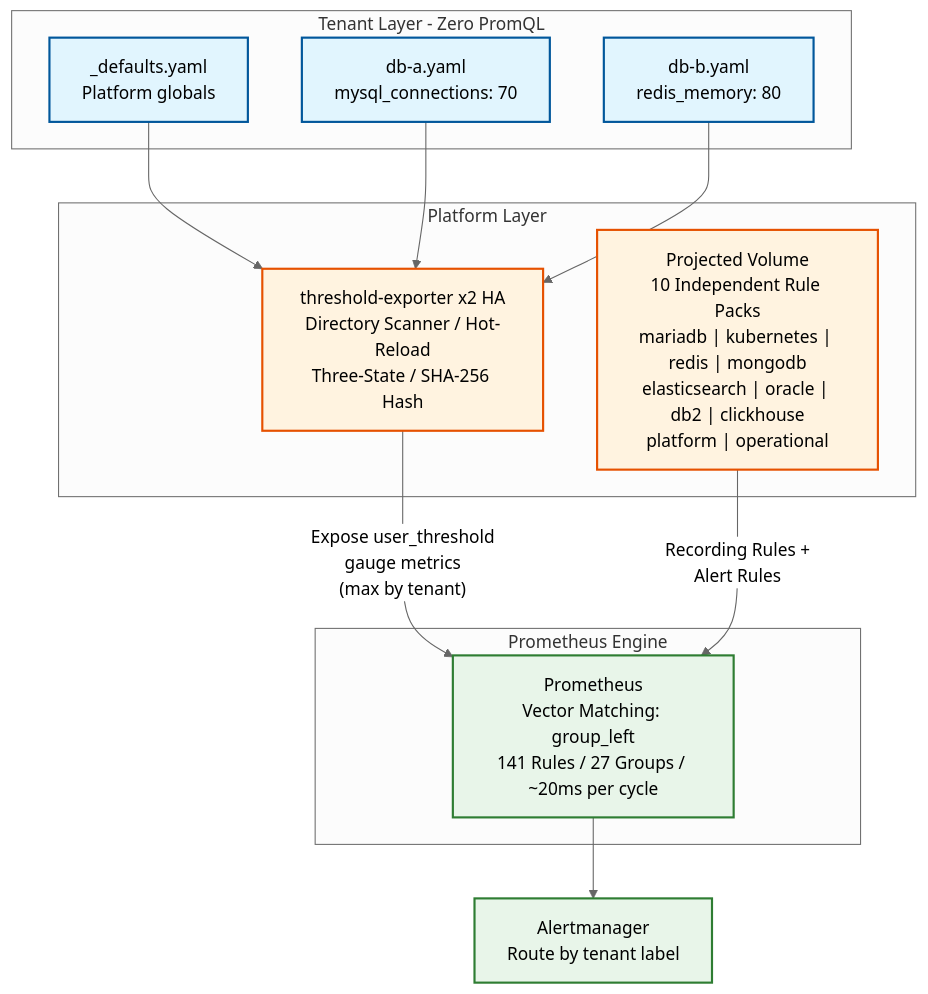
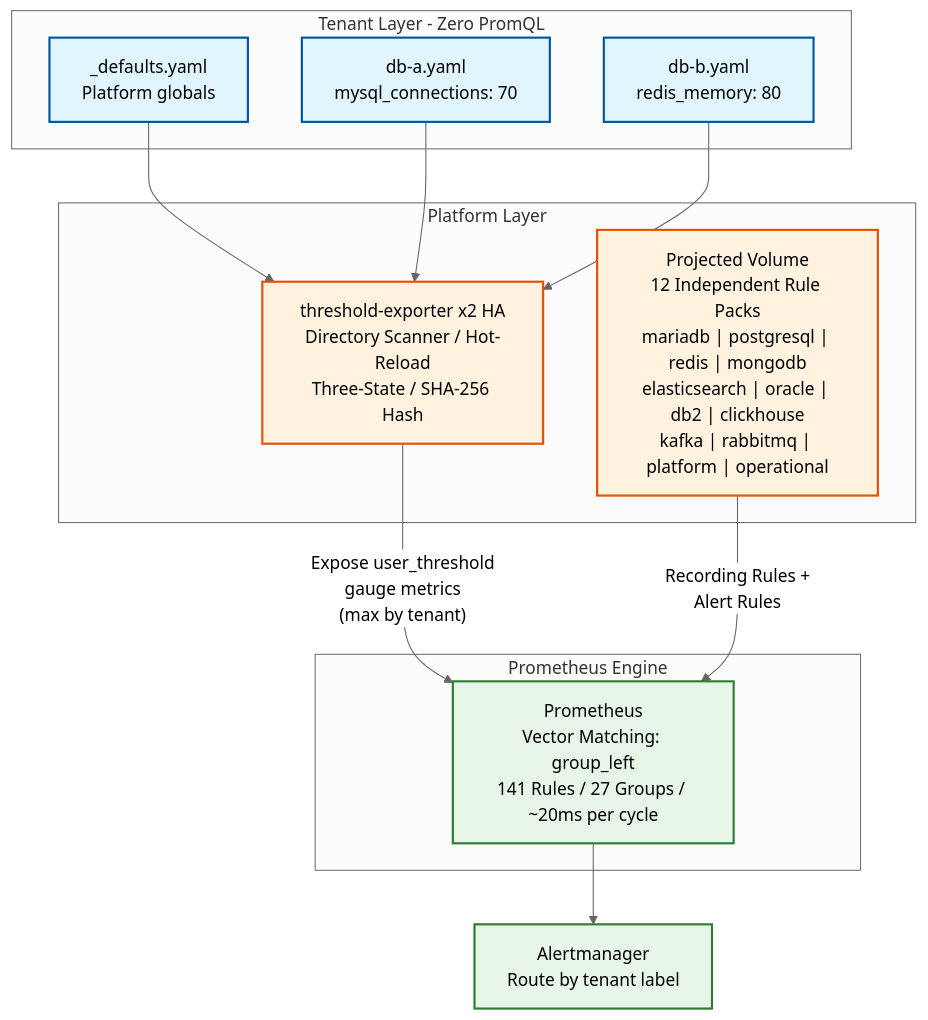
Before and after one commit to vencil/Dynamic-Alerting-Integrations: the second of 2 diagrams in README.en.md, drawn with Mermaid (neutral theme). The commit also changed other lines of this file and 41 other files, not shown here.

````diff
--- a/README.en.md
+++ b/README.en.md
@@ -172,31 +172,31 @@
 ```mermaid
 graph TD
     subgraph TL["Tenant Layer - Zero PromQL"]
         D["_defaults.yaml<br/>Platform globals"]
         T1["db-a.yaml<br/>mysql_connections: 70"]
         T2["db-b.yaml<br/>redis_memory: 80"]
     end
 
     subgraph PL["Platform Layer"]
         TE["threshold-exporter x2 HA<br/>Directory Scanner / Hot-Reload<br/>Three-State / SHA-256 Hash"]
-        RP["Projected Volume<br/>10 Independent Rule Packs<br/>mariadb | kubernetes | redis | mongodb<br/>elasticsearch | oracle | db2 | clickhouse<br/>platform | operational"]
+        RP["Projected Volume<br/>12 Independent Rule Packs<br/>mariadb | postgresql | redis | mongodb<br/>elasticsearch | oracle | db2 | clickhouse<br/>kafka | rabbitmq | platform | operational"]
     end
 
     subgraph PE["Prometheus Engine"]
         PROM["Prometheus<br/>Vector Matching: group_left<br/>141 Rules / 27 Groups / ~20ms per cycle"]
     end
 
     D --> TE
     T1 --> TE
     T2 --> TE
     TE -->|"Expose user_threshold<br/>gauge metrics<br/>(max by tenant)"| PROM
     RP -->|"Recording Rules +<br/>Alert Rules"| PROM
     PROM --> AM["Alertmanager<br/>Route by tenant label"]
 
     classDef tenant fill:#e1f5fe,stroke:#01579b,stroke-width:2px
     classDef platform fill:#fff3e0,stroke:#e65100,stroke-width:2px
     classDef engine fill:#e8f5e9,stroke:#2e7d32,stroke-width:2px
     class D,T1,T2 tenant
     class TE,RP platform
     class PROM,AM engine
 ```
````
